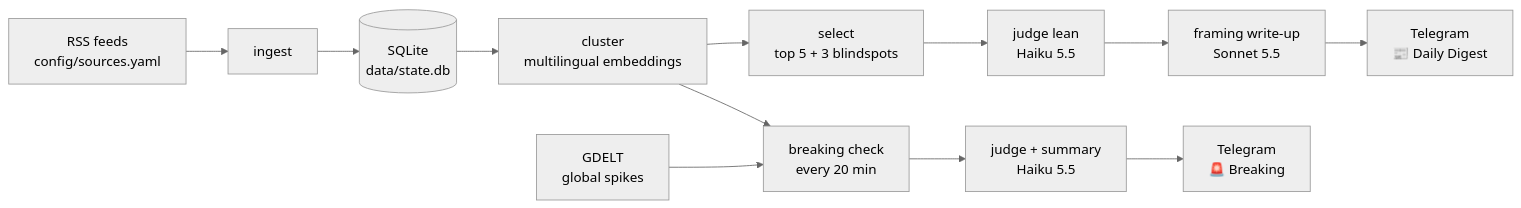
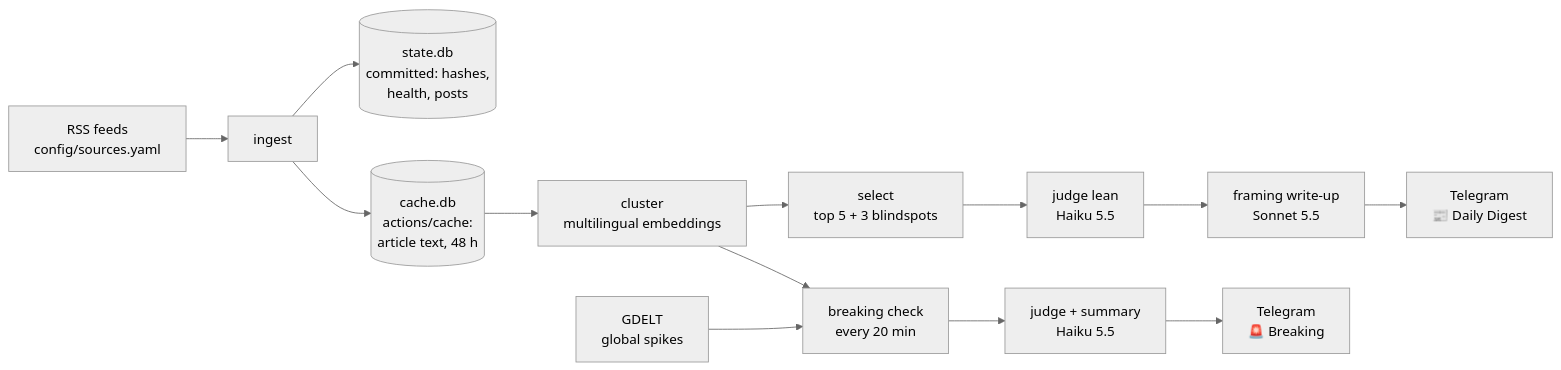
The diagram in docs/architecture.md (vishv03/News_Summariser), drawn with Mermaid (neutral theme) before and after one commit. The commit also changed other lines of this file and 19 other files, not shown here.

````diff
--- a/docs/architecture.md
+++ b/docs/architecture.md
@@ -12,14 +12,15 @@
 ```mermaid
 flowchart LR
     RSS["RSS feeds<br/>config/sources.yaml"] --> ING[ingest]
     GDELT["GDELT<br/>global spikes"] --> BRK
-    ING --> DB[("SQLite<br/>data/state.db")]
-    DB --> CL["cluster<br/>multilingual embeddings"]
+    ING --> DB[("state.db<br/>committed: hashes,<br/>health, posts")]
+    ING --> CACHE[("cache.db<br/>actions/cache:<br/>article text, 48 h")]
+    CACHE --> CL["cluster<br/>multilingual embeddings"]
     CL --> SEL["select<br/>top 5 + 3 blindspots"]
     CL --> BRK["breaking check<br/>every 20 min"]
     SEL --> JDG["judge lean<br/>Haiku 5.5"]
     JDG --> SUM["framing write-up<br/>Sonnet 5.5"]
     BRK --> JDG2["judge + summary<br/>Haiku 5.5"]
     SUM --> TG["Telegram<br/>📰 Daily Digest"]
     JDG2 --> TG2["Telegram<br/>🚨 Breaking"]
 ```
````
